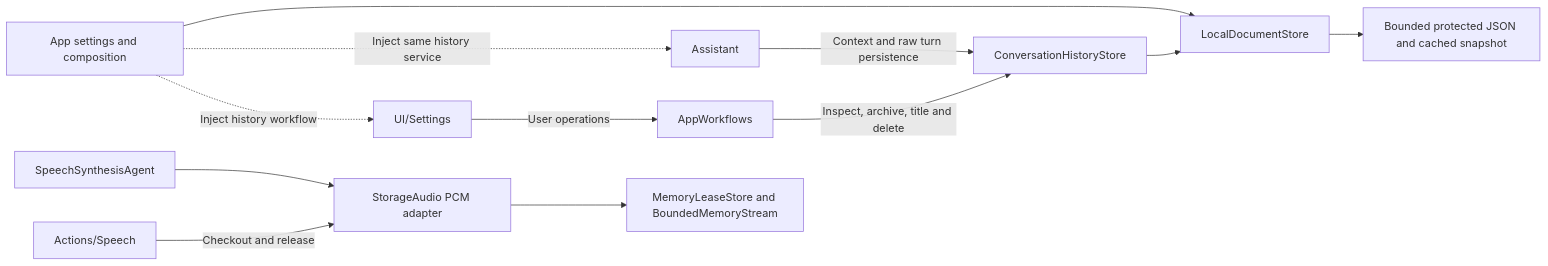
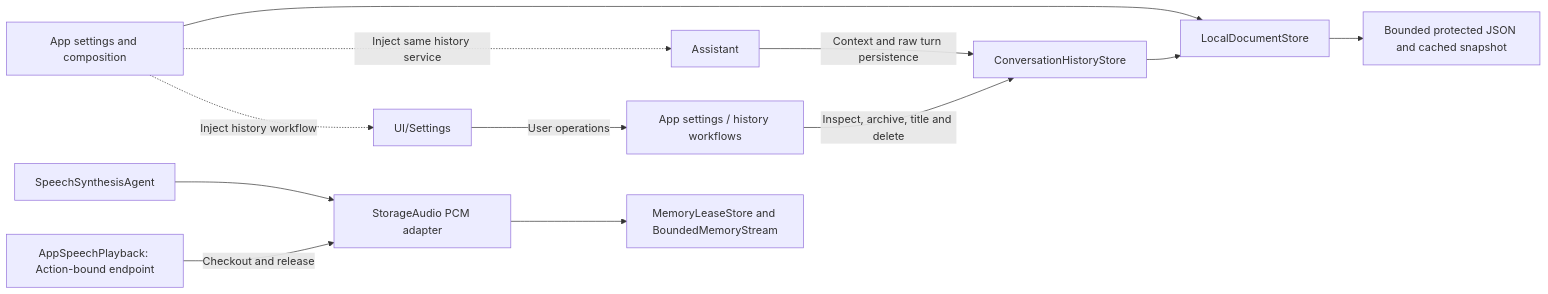
The first of 2 diagrams in MobileHarness/Storage/README.md (devilyouwei/MobileHarness), drawn with Mermaid before and after one commit. The commit also changed other lines of this file and 10 other files, not shown here.

````diff
--- a/MobileHarness/Storage/README.md
+++ b/MobileHarness/Storage/README.md
@@ -17,14 +17,14 @@
 ```mermaid
 flowchart LR
     App[App settings and composition] --> Documents[LocalDocumentStore]
     App -.->|Inject same history service| Assistant[Assistant]
     App -.->|Inject history workflow| Views[UI/Settings]
-    Views -->|User operations| Workflow[AppWorkflows]
+    Views -->|User operations| Workflow[App settings / history workflows]
     Assistant -->|Context and raw turn persistence| History[ConversationHistoryStore]
     Workflow -->|Inspect, archive, title and delete| History
     History --> Documents
     Documents --> Disk[Bounded protected JSON and cached snapshot]
     Synth[SpeechSynthesisAgent] --> Audio[StorageAudio PCM adapter]
-    Playback[Actions/Speech] -->|Checkout and release| Audio
+    Playback[AppSpeechPlayback: Action-bound endpoint] -->|Checkout and release| Audio
     Audio --> Memory[MemoryLeaseStore and BoundedMemoryStream]
 ```
````
